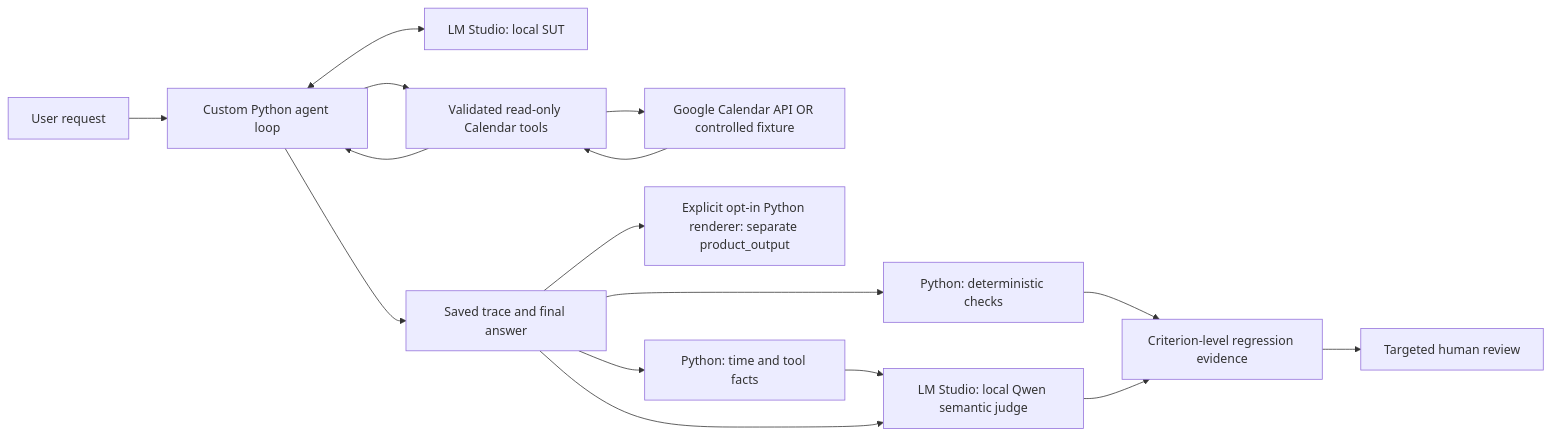
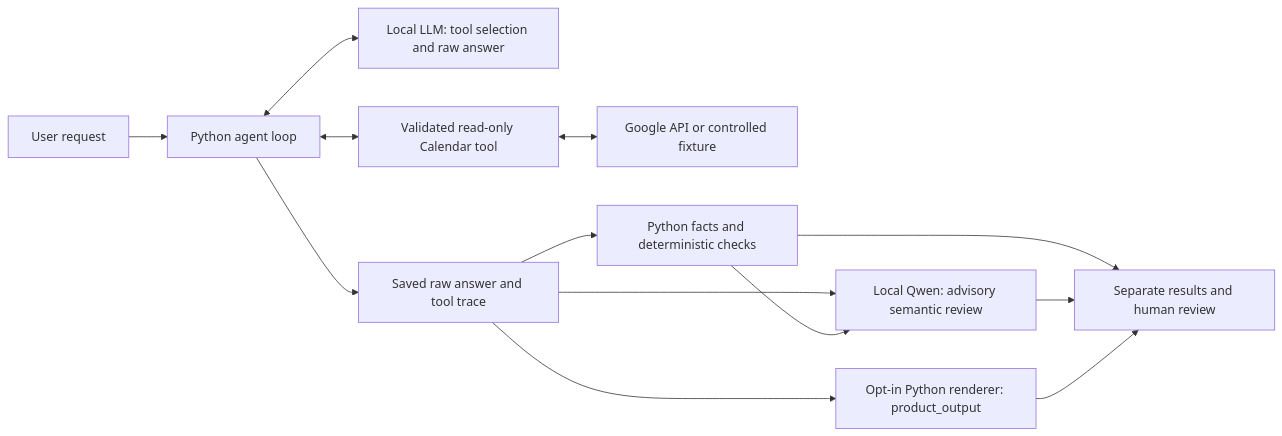
Before and after one commit to rachelwuw/agentic-ai-quality-harness: the diagram in README.md, drawn with Mermaid. The commit also changed other lines of this file and 2 other files, not shown here.

Commit message:
Explain Calendar engineering progress with verifiable renderer evidence (#20)

````diff
--- a/README.md
+++ b/README.md
@@ -60,18 +49,15 @@
 ```mermaid
 flowchart LR
-    U[User request] --> A[Custom Python agent loop]
-    A <--> S[LM Studio: local SUT]
-    A --> V[Validated read-only Calendar tools]
-    V --> G[Google Calendar API OR controlled fixture]
-    G --> V
-    V --> A
-    A --> T[Saved trace and final answer]
-    T --> P[Explicit opt-in Python renderer: separate product_output]
-    T --> F[Python: time and tool facts]
-    T --> D[Python: deterministic checks]
-    F --> J[LM Studio: local Qwen semantic judge]
-    T --> J
-    D --> R[Criterion-level regression evidence]
+    U[User request] --> A[Python agent loop]
+    A <--> L[Local LLM: tool selection and raw answer]
+    A <--> T[Validated read-only Calendar tool]
+    T <--> C[Google API or controlled fixture]
+    A --> E[Saved raw answer and tool trace]
+    E --> P[Opt-in Python renderer: product_output]
+    E --> D[Python facts and deterministic checks]
+    E --> J[Local Qwen: advisory semantic review]
+    D --> J
+    D --> R[Separate results and human review]
     J --> R
-    R --> H[Targeted human review]
+    P --> R
 ```
````
